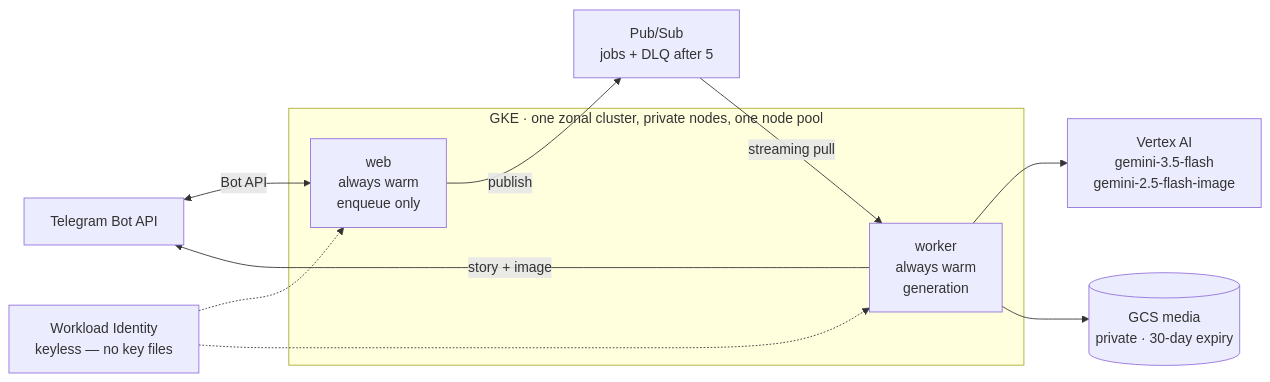
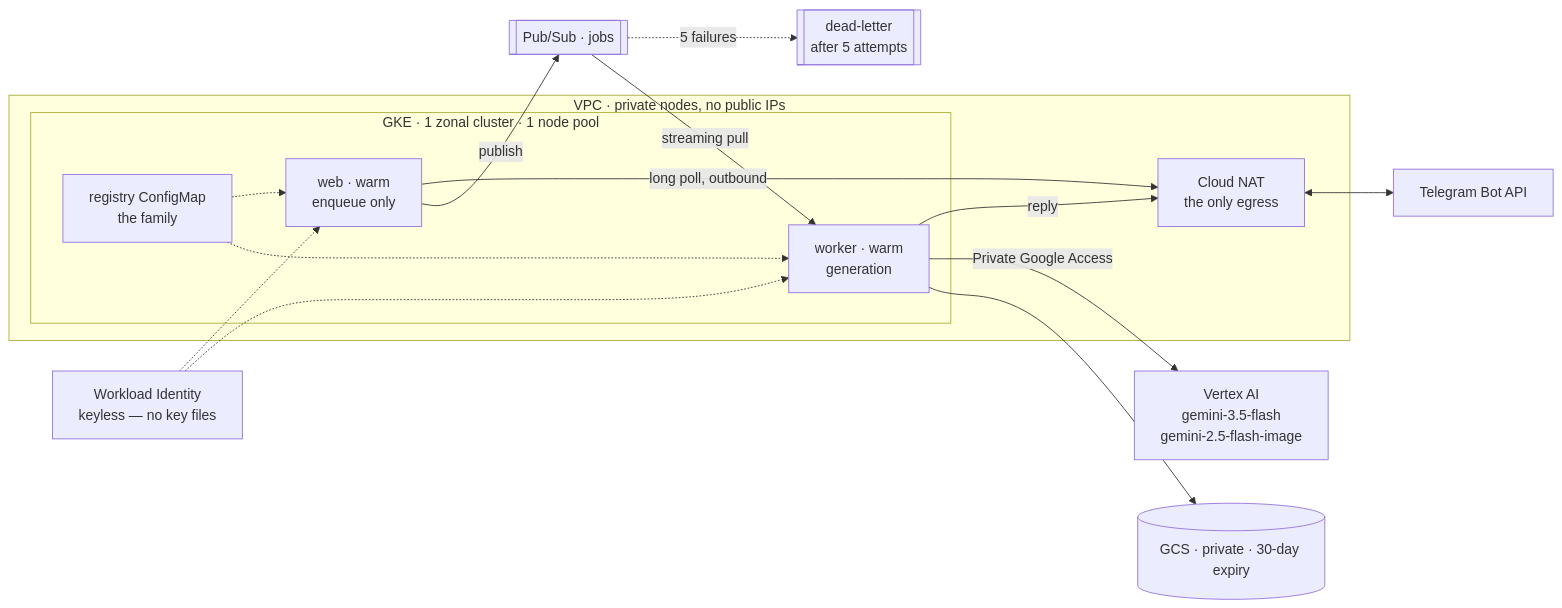
One commit to davgrits/ai-family-media-bot changed the first of 2 diagrams in README.md. Above: the diagram before and after it, drawn with Mermaid. The commit also changed other lines of this file, not shown here.

First line of the commit message:
Fix the architecture diagram, and add a sequence view

````diff
--- a/README.md
+++ b/README.md
@@ -18,23 +18,32 @@
 ```mermaid
 flowchart LR
     TG["Telegram Bot API"]
 
-    subgraph GKE["GKE · one zonal cluster, private nodes, one node pool"]
-        WEB["web<br/>always warm<br/>enqueue only"]
-        WRK["worker<br/>always warm<br/>generation"]
+    subgraph VPC["VPC · private nodes, no public IPs"]
+        NAT["Cloud NAT<br/>the only egress"]
+        subgraph GKE["GKE · 1 zonal cluster · 1 node pool"]
+            WEB["web · warm<br/>enqueue only"]
+            WRK["worker · warm<br/>generation"]
+            CM["registry ConfigMap<br/>the family"]
+        end
     end
 
-    PS["Pub/Sub<br/>jobs + DLQ after 5"]
+    PS[["Pub/Sub · jobs"]]
+    DLQ[["dead-letter<br/>after 5 attempts"]]
     AI["Vertex AI<br/>gemini-3.5-flash<br/>gemini-2.5-flash-image"]
-    GCS[("GCS media<br/>private · 30-day expiry")]
+    GCS[("GCS · private · 30-day expiry")]
     WI["Workload Identity<br/>keyless — no key files"]
 
-    TG <-->|"Bot API"| WEB
+    WEB -->|"long poll, outbound"| NAT
+    NAT <--> TG
+    WRK -->|"reply"| NAT
     WEB -->|"publish"| PS
     PS -->|"streaming pull"| WRK
-    WRK --> AI
+    PS -.->|"5 failures"| DLQ
+    WRK -->|"Private Google Access"| AI
     WRK --> GCS
-    WRK -->|"story + image"| TG
+    CM -.-> WEB
+    CM -.-> WRK
     WI -.-> WEB
     WI -.-> WRK
 ```
````
